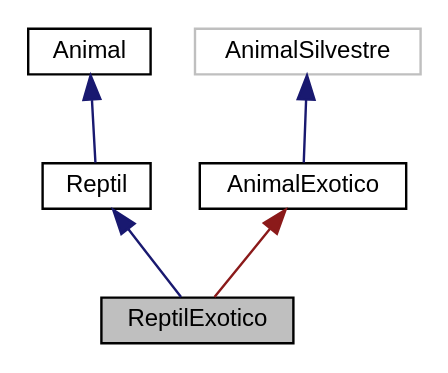
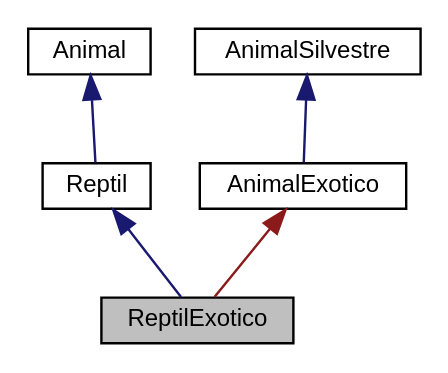
Before and after one commit to artur-coelho/PetFera: the diagram in doc/classReptilExotico__inherit__graph.dot, drawn with Graphviz. The commit also changed 188 other files, not shown here.

```diff
--- a/doc/classReptilExotico__inherit__graph.dot
+++ b/doc/classReptilExotico__inherit__graph.dot
@@ -1,14 +1,14 @@
 digraph "ReptilExotico"
 {
   edge [fontname="Helvetica",fontsize="10",labelfontname="Helvetica",labelfontsize="10"];
   node [fontname="Helvetica",fontsize="10",shape=record];
   Node0 [label="ReptilExotico",height=0.2,width=0.4,color="black", fillcolor="grey75", style="filled", fontcolor="black"];
   Node1 -> Node0 [dir="back",color="midnightblue",fontsize="10",style="solid",fontname="Helvetica"];
   Node1 [label="Reptil",height=0.2,width=0.4,color="black", fillcolor="white", style="filled",URL="$classReptil.html"];
   Node2 -> Node1 [dir="back",color="midnightblue",fontsize="10",style="solid",fontname="Helvetica"];
   Node2 [label="Animal",height=0.2,width=0.4,color="black", fillcolor="white", style="filled",URL="$classAnimal.html"];
   Node3 -> Node0 [dir="back",color="firebrick4",fontsize="10",style="solid",fontname="Helvetica"];
   Node3 [label="AnimalExotico",height=0.2,width=0.4,color="black", fillcolor="white", style="filled",URL="$classAnimalExotico.html"];
   Node4 -> Node3 [dir="back",color="midnightblue",fontsize="10",style="solid",fontname="Helvetica"];
-  Node4 [label="AnimalSilvestre",height=0.2,width=0.4,color="grey75", fillcolor="white", style="filled"];
+  Node4 [label="AnimalSilvestre",height=0.2,width=0.4,color="black", fillcolor="white", style="filled",URL="$classAnimalSilvestre.html"];
 }
```
